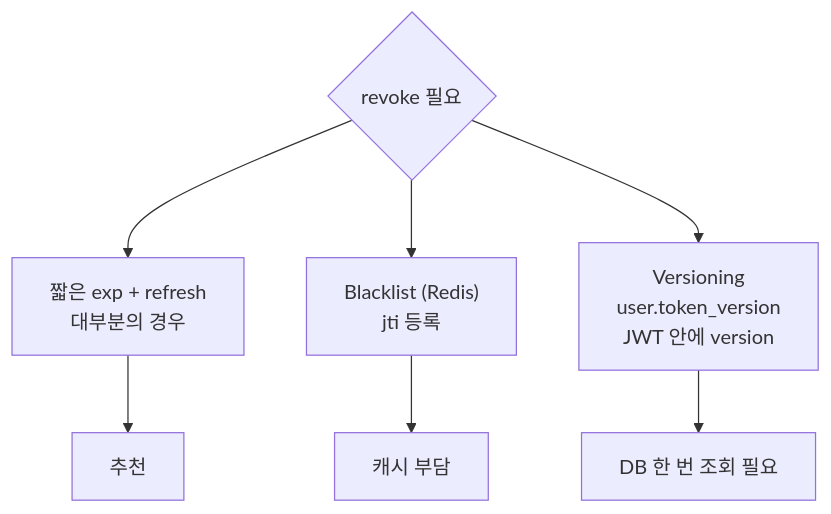
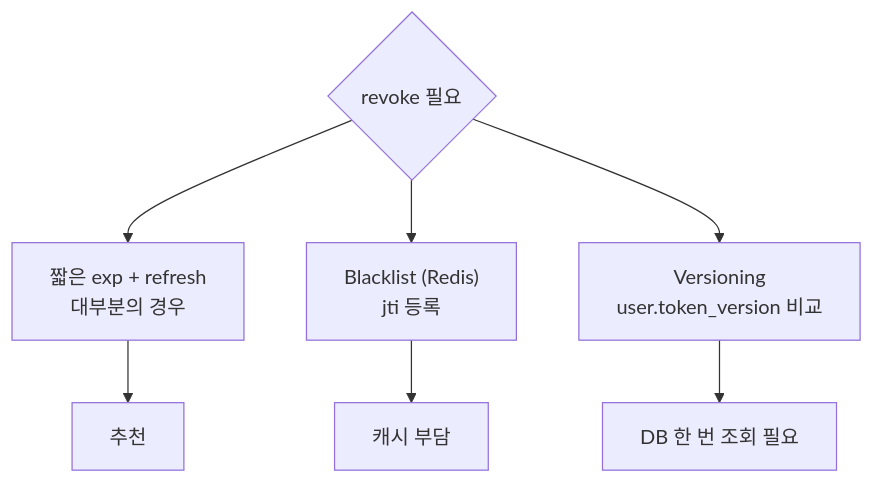
The fourth of 5 diagrams in src/content/wiki/auth-security/jwt.mdx (shinkeonkim/shinkeonkim.github.io), drawn with Mermaid before and after one commit. The commit also changed other lines of this file and 526 other files, not shown here.

First line of the commit message:
content(wiki): 전수조사 및 대규모 보강 (짧은 파일 0, mermaid +645)

````diff
--- a/src/content/wiki/auth-security/jwt.mdx
+++ b/src/content/wiki/auth-security/jwt.mdx
@@ -110,10 +173,10 @@
 ```mermaid
 flowchart TD
     Q{revoke 필요}
-    Q --> A[짧은 exp + refresh<br/>대부분의 경우]
+    Q --> A["짧은 exp + refresh<br/>대부분의 경우"]
     Q --> B["Blacklist (Redis)<br/>jti 등록"]
-    Q --> C[Versioning<br/>user.token_version<br/>JWT 안에 version]
+    Q --> C["Versioning<br/>user.token_version 비교"]
     A --> Best[추천]
     B --> Heavy[캐시 부담]
     C --> Sync[DB 한 번 조회 필요]
 ```
````
